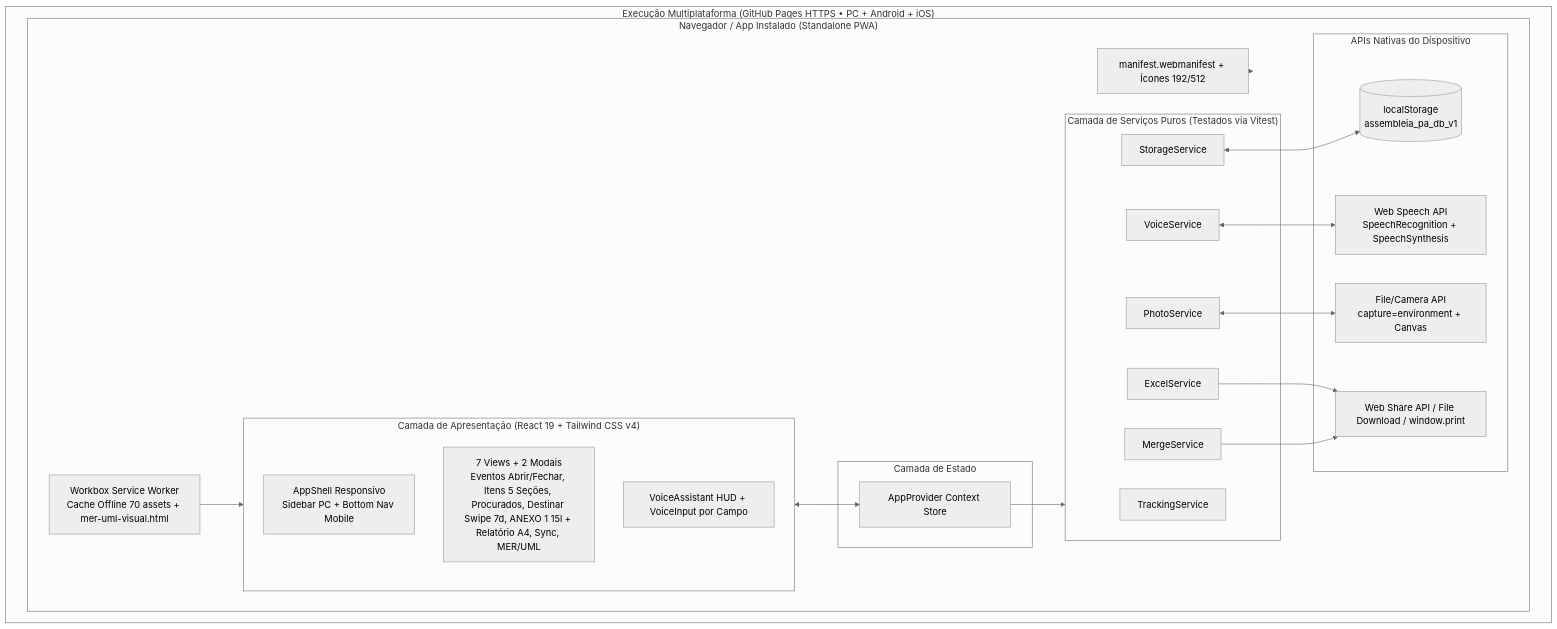
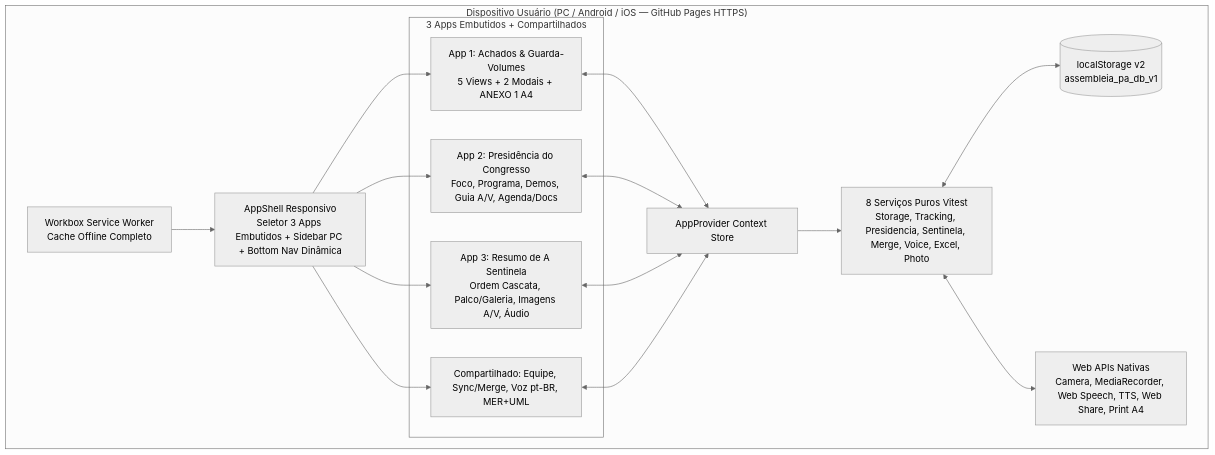
One commit to EliezerRosa/assembleia-perdidos-achados-pwa changed the eighth of 8 diagrams in docs/UML.md. Above: the diagram before and after it, drawn with Mermaid (neutral theme). The commit also changed other lines of this file and 33 other files, not shown here.

Commit message:
feat: clone Presidencia do Congresso & Resumo de A Sentinela embedded apps + MER/UML v2

````diff
--- a/docs/UML.md
+++ b/docs/UML.md
@@ -429,45 +259,24 @@
 ```mermaid
 flowchart TB
-    subgraph Devices ["Execução Multiplataforma (GitHub Pages HTTPS • PC + Android + iOS)"]
-        subgraph Browser ["Navegador / App Instalado (Standalone PWA)"]
-            Manifest[manifest.webmanifest + Ícones 192/512]
-            SW[Workbox Service Worker<br/>Cache Offline 70 assets + mer-uml-visual.html]
-
-            subgraph Presentation ["Camada de Apresentação (React 19 + Tailwind CSS v4)"]
-                Shell[AppShell Responsivo<br/>Sidebar PC + Bottom Nav Mobile]
-                Views[7 Views + 2 Modais<br/>Eventos Abrir/Fechar, Itens 5 Seções, Procurados, Destinar Swipe 7d, ANEXO 1 15l + Relatório A4, Sync, MER/UML]
-                VoiceUI[VoiceAssistant HUD + VoiceInput por Campo]
-            end
-
-            subgraph State ["Camada de Estado"]
-                Store[AppProvider Context Store]
-            end
-
-            subgraph DomainServices ["Camada de Serviços Puros (Testados via Vitest)"]
-                TrackSvc[TrackingService]
-                PhotoSvc[PhotoService]
-                VoiceSvc[VoiceService]
-                MergeSvc[MergeService]
-                ExcelSvc[ExcelService]
-                StorSvc[StorageService]
-            end
-
-            subgraph WebAPIs ["APIs Nativas do Dispositivo"]
-                LS[(localStorage<br/>assembleia_pa_db_v1)]
-                Speech[Web Speech API<br/>SpeechRecognition + SpeechSynthesis]
-                Camera[File/Camera API<br/>capture=environment + Canvas]
-                ShareAPI[Web Share API / File Download / window.print]
-            end
+    subgraph Client ["Dispositivo Usuário (PC / Android / iOS — GitHub Pages HTTPS)"]
+        SW[Workbox Service Worker<br/>Cache Offline Completo]
+        Shell[AppShell Responsivo<br/>Seletor 3 Apps Embutidos + Sidebar PC + Bottom Nav Dinâmica]
+        subgraph Modules ["3 Apps Embutidos + Compartilhados"]
+            M1[App 1: Achados & Guarda-Volumes<br/>5 Views + 2 Modais + ANEXO 1 A4]
+            M2[App 2: Presidência do Congresso<br/>Foco, Programa, Demos, Guia A/V, Agenda/Docs]
+            M3[App 3: Resumo de A Sentinela<br/>Ordem Cascata, Palco/Galeria, Imagens A/V, Áudio]
+            M4[Compartilhado: Equipe, Sync/Merge, Voz pt-BR, MER+UML]
         end
+        Store[AppProvider Context Store]
+        Services[8 Serviços Puros Vitest<br/>Storage, Tracking, Presidencia, Sentinela, Merge, Voice, Excel, Photo]
+        LS[(localStorage v2<br/>assembleia_pa_db_v1)]
+        APIs[Web APIs Nativas<br/>Camera, MediaRecorder, Web Speech, TTS, Web Share, Print A4]
     end
 
-    SW --> Presentation
-    Manifest --> Browser
-    Presentation <--> Store
-    Store --> DomainServices
-    StorSvc <--> LS
-    VoiceSvc <--> Speech
-    PhotoSvc <--> Camera
-    MergeSvc --> ShareAPI
-    ExcelSvc --> ShareAPI
+    SW --> Shell
+    Shell --> M1 & M2 & M3 & M4
+    M1 & M2 & M3 & M4 <--> Store
+    Store --> Services
+    Services <--> LS
+    Services <--> APIs
 ```
````
